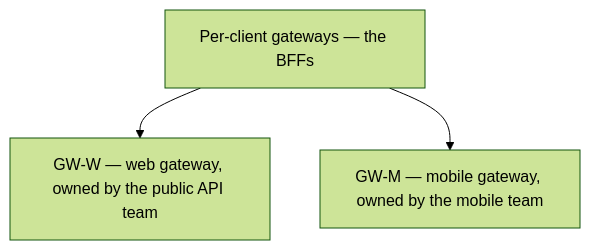
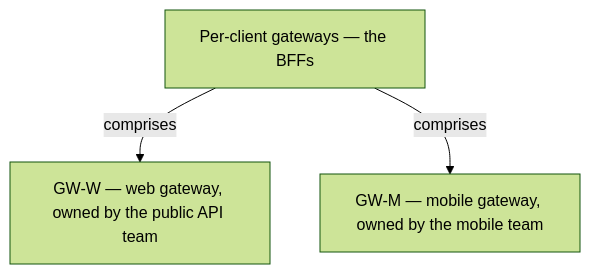
The sixth of 13 diagrams in docs/ch24-backends-for-frontends.md (vinayakuber/microservices-io-study-guide), drawn with Mermaid (forest theme) before and after one commit. The commit also changed other lines of this file and 71 other files, not shown here.

First line of the commit message:
R18: label every diagram arrow with its meaning

````diff
--- a/docs/ch24-backends-for-frontends.md
+++ b/docs/ch24-backends-for-frontends.md
@@ -219,6 +219,6 @@
 ```mermaid
 flowchart TD
   R["Per-client gateways — the BFFs"]
-  R --> P0["GW-W — web gateway, owned by the public API team"]
-  R --> P1["GW-M — mobile gateway, owned by the mobile team"]
+  R -->|"comprises"| P0["GW-W — web gateway, owned by the public API team"]
+  R -->|"comprises"| P1["GW-M — mobile gateway, owned by the mobile team"]
 ```
````
